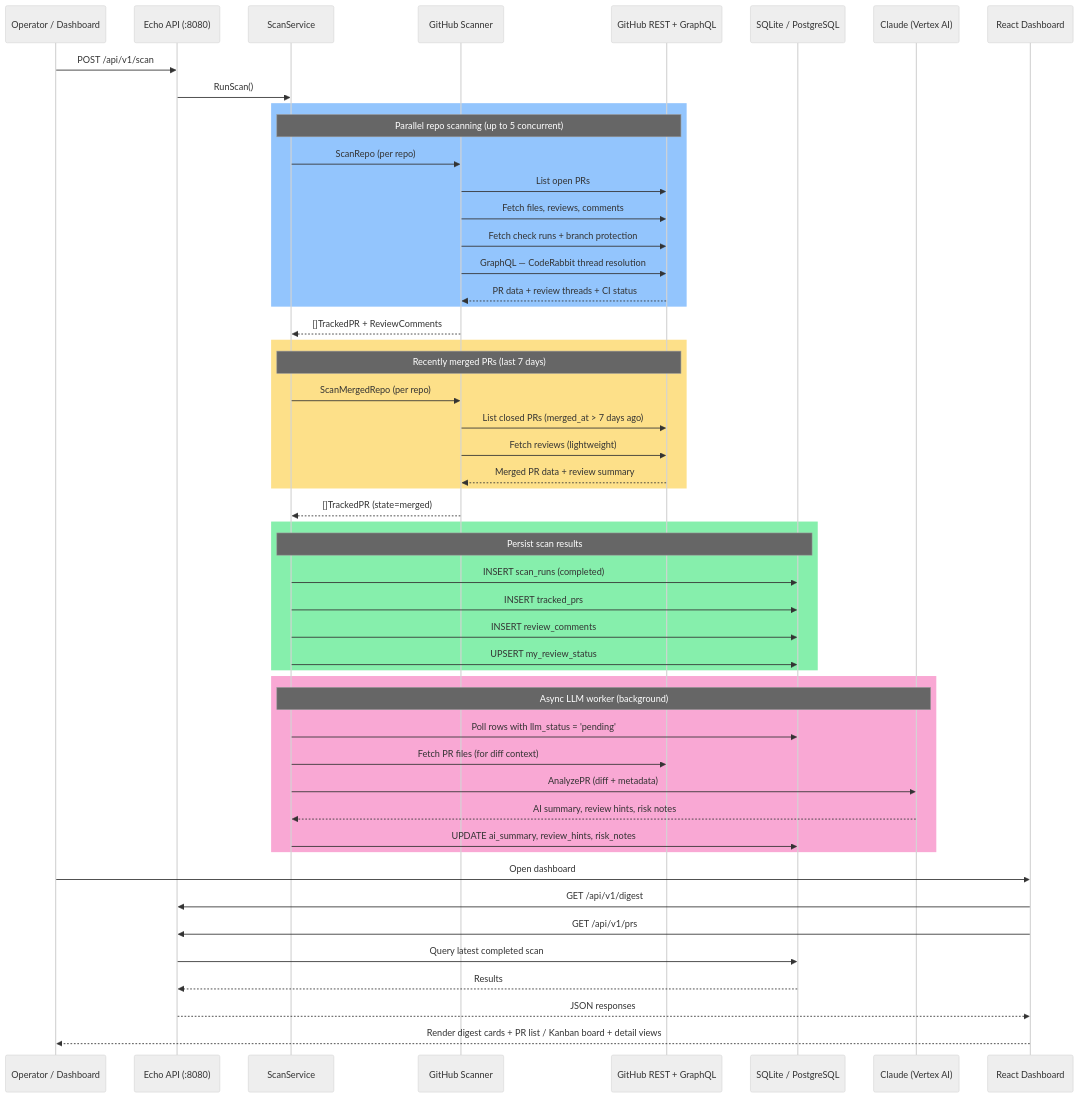
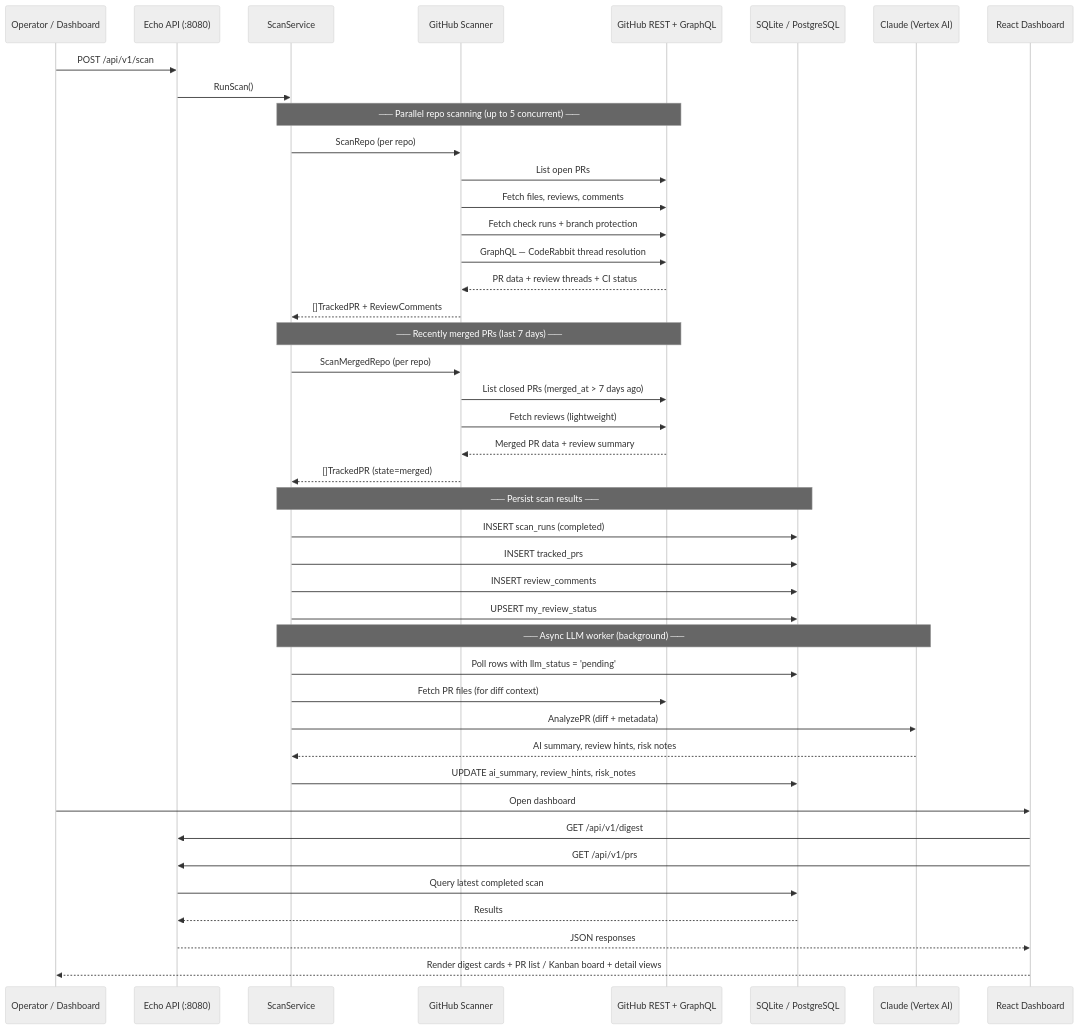
Before and after one commit to fbm3307/PR-Scout: the second of 3 diagrams in docs/architecture.md, drawn with Mermaid (neutral theme).

Commit message:
architecture update in docs

````diff
--- a/docs/architecture.md
+++ b/docs/architecture.md
@@ -82,61 +82,51 @@
 ```mermaid
 sequenceDiagram
     participant User as Operator / Dashboard
     participant API as Echo API (:8080)
     participant Scan as ScanService
     participant Scanner as GitHub Scanner
     participant GH as GitHub REST + GraphQL
     participant DB as SQLite / PostgreSQL
     participant LLM as Claude (Vertex AI)
     participant Dash as React Dashboard
 
     User->>API: POST /api/v1/scan
     API->>Scan: RunScan()
 
-    rect rgb(147, 197, 253)
-        Note over Scan,GH: Parallel repo scanning (up to 5 concurrent)
-        Scan->>Scanner: ScanRepo (per repo)
-        Scanner->>GH: List open PRs
-        Scanner->>GH: Fetch files, reviews, comments
-        Scanner->>GH: Fetch check runs + branch protection
-        Scanner->>GH: GraphQL — CodeRabbit thread resolution
-        GH-->>Scanner: PR data + review threads + CI status
-    end
-
+    Note over Scan,GH: ── Parallel repo scanning (up to 5 concurrent) ──
+    Scan->>Scanner: ScanRepo (per repo)
+    Scanner->>GH: List open PRs
+    Scanner->>GH: Fetch files, reviews, comments
+    Scanner->>GH: Fetch check runs + branch protection
+    Scanner->>GH: GraphQL — CodeRabbit thread resolution
+    GH-->>Scanner: PR data + review threads + CI status
     Scanner-->>Scan: []TrackedPR + ReviewComments
 
-    rect rgb(253, 224, 137)
-        Note over Scan,GH: Recently merged PRs (last 7 days)
-        Scan->>Scanner: ScanMergedRepo (per repo)
-        Scanner->>GH: List closed PRs (merged_at > 7 days ago)
-        Scanner->>GH: Fetch reviews (lightweight)
-        GH-->>Scanner: Merged PR data + review summary
-    end
-
+    Note over Scan,GH: ── Recently merged PRs (last 7 days) ──
+    Scan->>Scanner: ScanMergedRepo (per repo)
+    Scanner->>GH: List closed PRs (merged_at > 7 days ago)
+    Scanner->>GH: Fetch reviews (lightweight)
+    GH-->>Scanner: Merged PR data + review summary
     Scanner-->>Scan: []TrackedPR (state=merged)
 
-    rect rgb(134, 239, 172)
-        Note over Scan,DB: Persist scan results
-        Scan->>DB: INSERT scan_runs (completed)
-        Scan->>DB: INSERT tracked_prs
-        Scan->>DB: INSERT review_comments
-        Scan->>DB: UPSERT my_review_status
-    end
+    Note over Scan,DB: ── Persist scan results ──
+    Scan->>DB: INSERT scan_runs (completed)
+    Scan->>DB: INSERT tracked_prs
+    Scan->>DB: INSERT review_comments
+    Scan->>DB: UPSERT my_review_status
 
-    rect rgb(249, 168, 212)
-        Note over Scan,LLM: Async LLM worker (background)
-        Scan->>DB: Poll rows with llm_status = 'pending'
-        Scan->>GH: Fetch PR files (for diff context)
-        Scan->>LLM: AnalyzePR (diff + metadata)
-        LLM-->>Scan: AI summary, review hints, risk notes
-        Scan->>DB: UPDATE ai_summary, review_hints, risk_notes
-    end
+    Note over Scan,LLM: ── Async LLM worker (background) ──
+    Scan->>DB: Poll rows with llm_status = 'pending'
+    Scan->>GH: Fetch PR files (for diff context)
+    Scan->>LLM: AnalyzePR (diff + metadata)
+    LLM-->>Scan: AI summary, review hints, risk notes
+    Scan->>DB: UPDATE ai_summary, review_hints, risk_notes
 
     User->>Dash: Open dashboard
     Dash->>API: GET /api/v1/digest
     Dash->>API: GET /api/v1/prs
     API->>DB: Query latest completed scan
     DB-->>API: Results
     API-->>Dash: JSON responses
     Dash-->>User: Render digest cards + PR list / Kanban board + detail views
 ```
````
